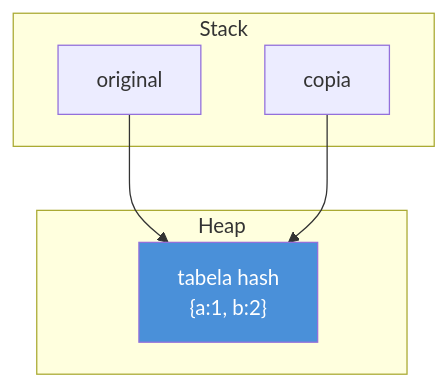
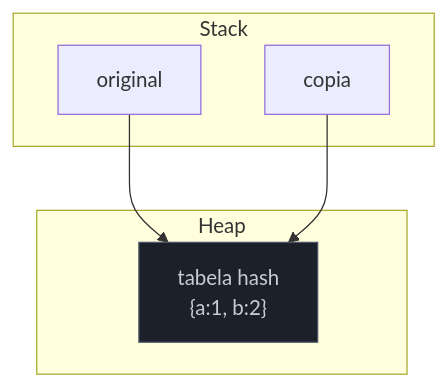
Before and after one commit to josenaldo/codex-technomanticus: the third of 3 diagrams in 03-Dominios/Tecnologia/Go/05 - Coleções e dados/03 - Maps.md, drawn with Mermaid. The commit also changed other lines of this file and 1181 other files, not shown here.

First line of the commit message:
fix(diagramas): paleta do sistema no lugar de cor cravada no markdown

````diff
--- a/03-Dominios/Tecnologia/Go/05 - Coleções e dados/03 - Maps.md
+++ b/03-Dominios/Tecnologia/Go/05 - Coleções e dados/03 - Maps.md
@@ -214,14 +218,15 @@
 ```mermaid
 flowchart TB
+    classDef neutro fill:#1B2029,stroke:#4E5666,color:#C6CCD8
     subgraph Stack
         O["original"]
         C["copia"]
     end
     subgraph Heap
         T["tabela hash\n{a:1, b:2}"]
     end
     O --> T
     C --> T
 
-    style T fill:#4A90D9,color:#fff
+    class T neutro
 ```
````
